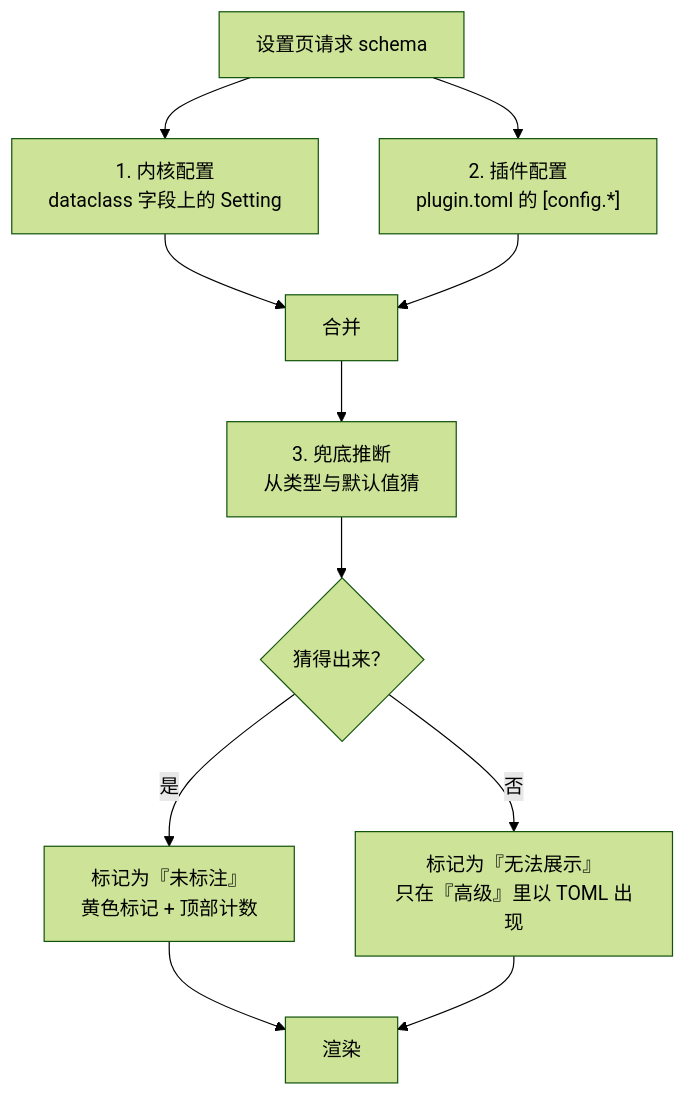
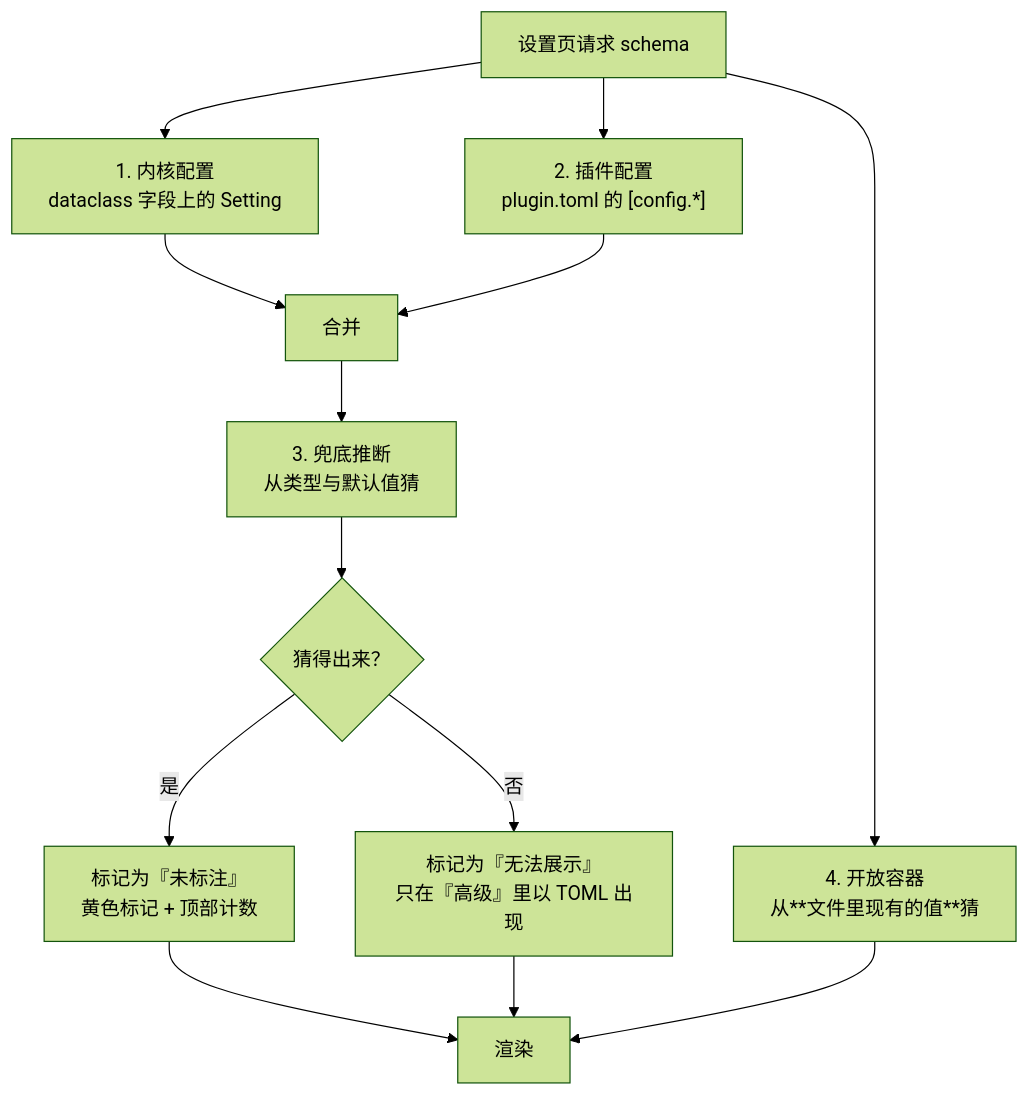
One commit to LMG-arch/alter-ego changed the first of 2 diagrams in docs/design/10-settings-center.md. Above: the diagram before and after it, drawn with Mermaid (forest theme). The commit also changed other lines of this file and 12 other files, not shown here.

````diff
--- a/docs/design/10-settings-center.md
+++ b/docs/design/10-settings-center.md
@@ -125,13 +126,15 @@
 ```mermaid
 flowchart TD
     A["设置页请求 schema"] --> B["1. 内核配置<br/>dataclass 字段上的 Setting"]
     A --> C["2. 插件配置<br/>plugin.toml 的 [config.*]"]
     B --> D["合并"]
     C --> D
     D --> E["3. 兜底推断<br/>从类型与默认值猜"]
     E --> E1{"猜得出来？"}
     E1 -->|是| F["标记为『未标注』<br/>黄色标记 + 顶部计数"]
     E1 -->|否| G["标记为『无法展示』<br/>只在『高级』里以 TOML 出现"]
     F --> H["渲染"]
     G --> H
+    A --> I["4. 开放容器<br/>从**文件里现有的值**猜"]
+    I --> H
 ```
````
